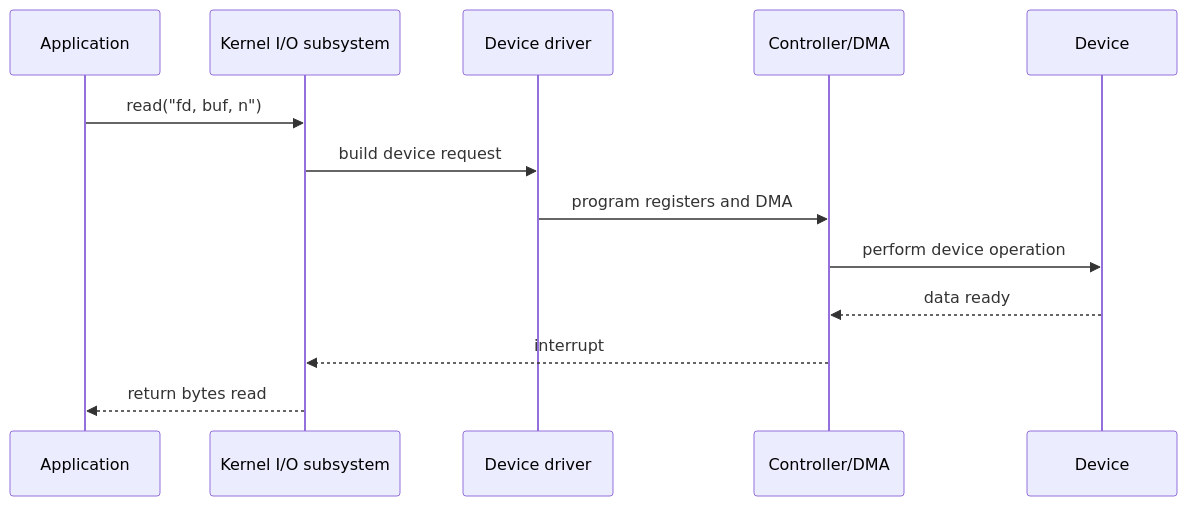
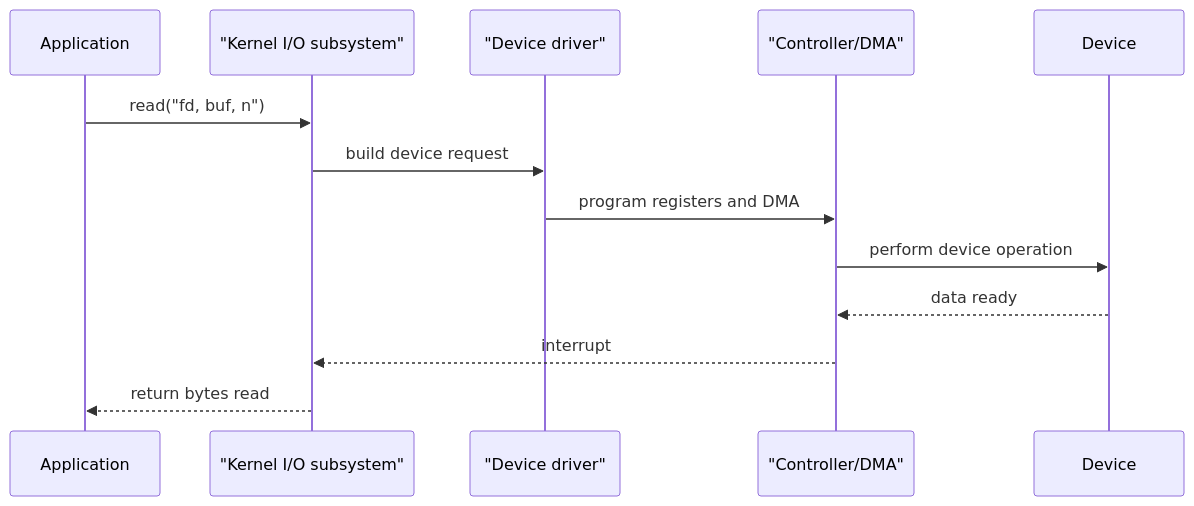
Before and after one commit to justinbrianhwang/SJ-wiki: the diagram in docs/cs/operating-systems/io-systems.md, drawn with Mermaid. The commit also changed 126 other files, not shown here.

Commit message:
Image-URL audit: remove 22 broken Wikimedia/GitHub image embeds (HTTP 400/404); add check-image-urls.py + fix-broken-images.py verification tools; final CS Mermaid review applied

````diff
--- a/docs/cs/operating-systems/io-systems.md
+++ b/docs/cs/operating-systems/io-systems.md
@@ -62,16 +62,16 @@
 ```mermaid
 sequenceDiagram
   participant App as Application
-  participant Kernel as Kernel I/O subsystem
-  participant Driver as Device driver
-  participant Ctrl as Controller/DMA
+  participant Kernel as "Kernel I/O subsystem"
+  participant Driver as "Device driver"
+  participant Ctrl as "Controller/DMA"
   participant Dev as Device
 
   App->>Kernel: read("fd, buf, n")
   Kernel->>Driver: build device request
   Driver->>Ctrl: program registers and DMA
   Ctrl->>Dev: perform device operation
   Dev-->>Ctrl: data ready
   Ctrl-->>Kernel: interrupt
   Kernel-->>App: return bytes read
 ```
````
